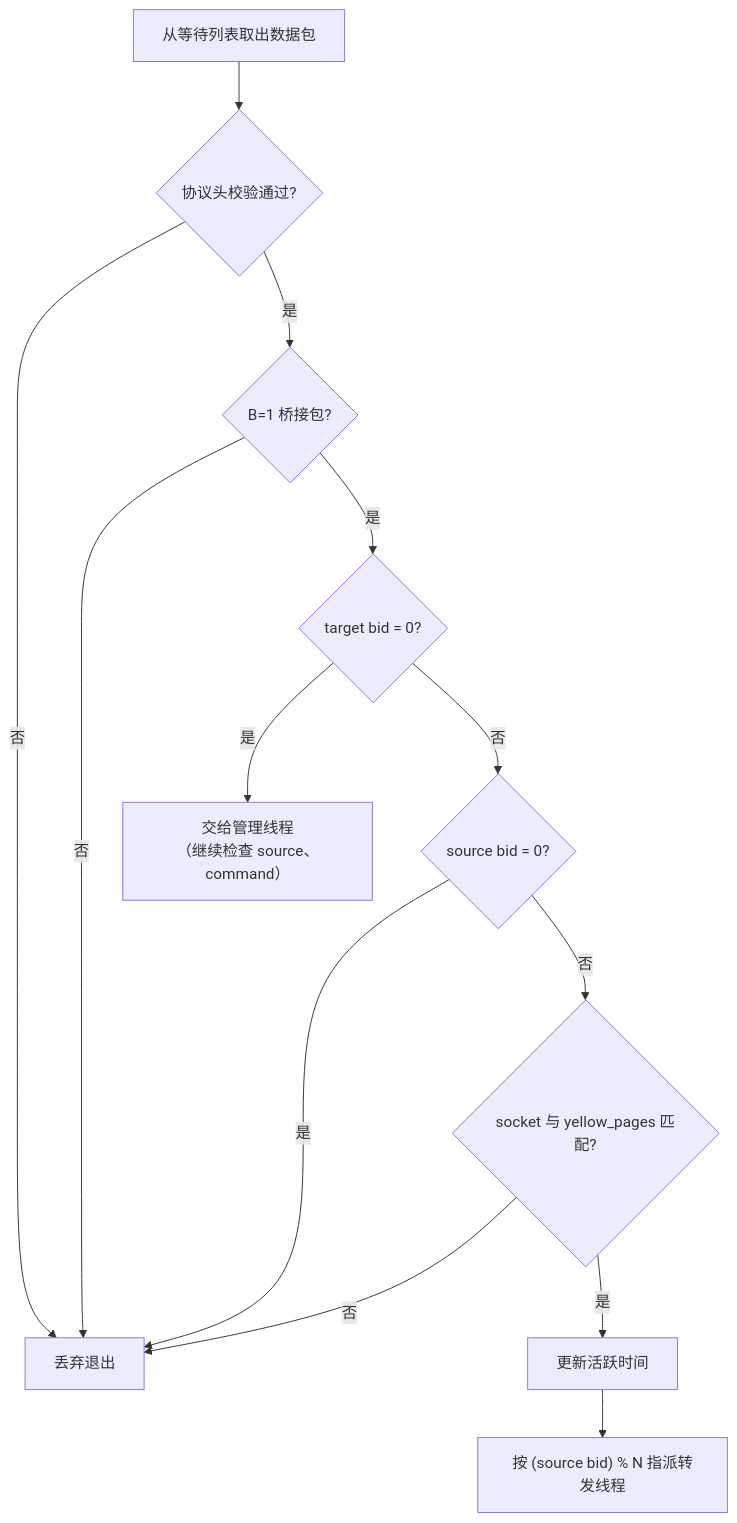
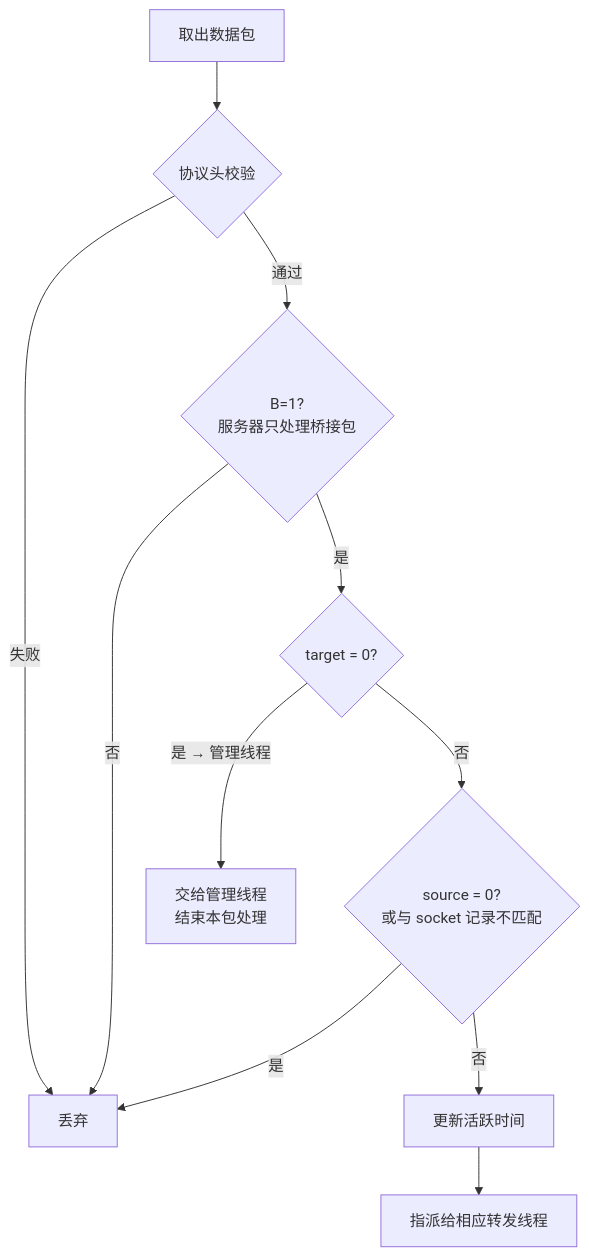
Before and after one commit to moky/magpie: the third of 7 diagrams in docs/design-architecture.md, drawn with Mermaid. The commit also changed other lines of this file and 7 other files, not shown here.

````diff
--- a/docs/design-architecture.md
+++ b/docs/design-architecture.md
@@ -41,15 +59,13 @@
 ```mermaid
 flowchart TD
-    A["从等待列表取出数据包"] --> B{"协议头校验通过?"}
-    B -- 否 --> X["丢弃退出"]
-    B -- 是 --> C{"B=1 桥接包?"}
-    C -- 否 --> X
-    C -- 是 --> D{"target bid = 0?"}
-    D -- 是 --> M["交给管理线程<br/>（继续检查 source、command）"]
-    D -- 否 --> E{"source bid = 0?"}
-    E -- 是 --> X
-    E -- 否 --> F{"socket 与 yellow_pages 匹配?"}
-    F -- 否 --> X
-    F -- 是 --> G["更新活跃时间"]
-    G --> H["按 (source bid) % N 指派转发线程"]
+    P[取出数据包] --> C1{协议头校验}
+    C1 -- "失败" --> D1[丢弃]
+    C1 -- "通过" --> C2{"B=1?<br/>服务器只处理桥接包"}
+    C2 -- "否" --> D1
+    C2 -- "是" --> C3{"target = 0?"}
+    C3 -- "是 → 管理线程" --> MGMT[交给管理线程<br/>结束本包处理]
+    C3 -- "否" --> C4{"source = 0?<br/>或与 socket 记录不匹配"}
+    C4 -- "是" --> D1
+    C4 -- "否" --> UP[更新活跃时间]
+    UP --> ASG[指派给相应转发线程]
 ```
````
